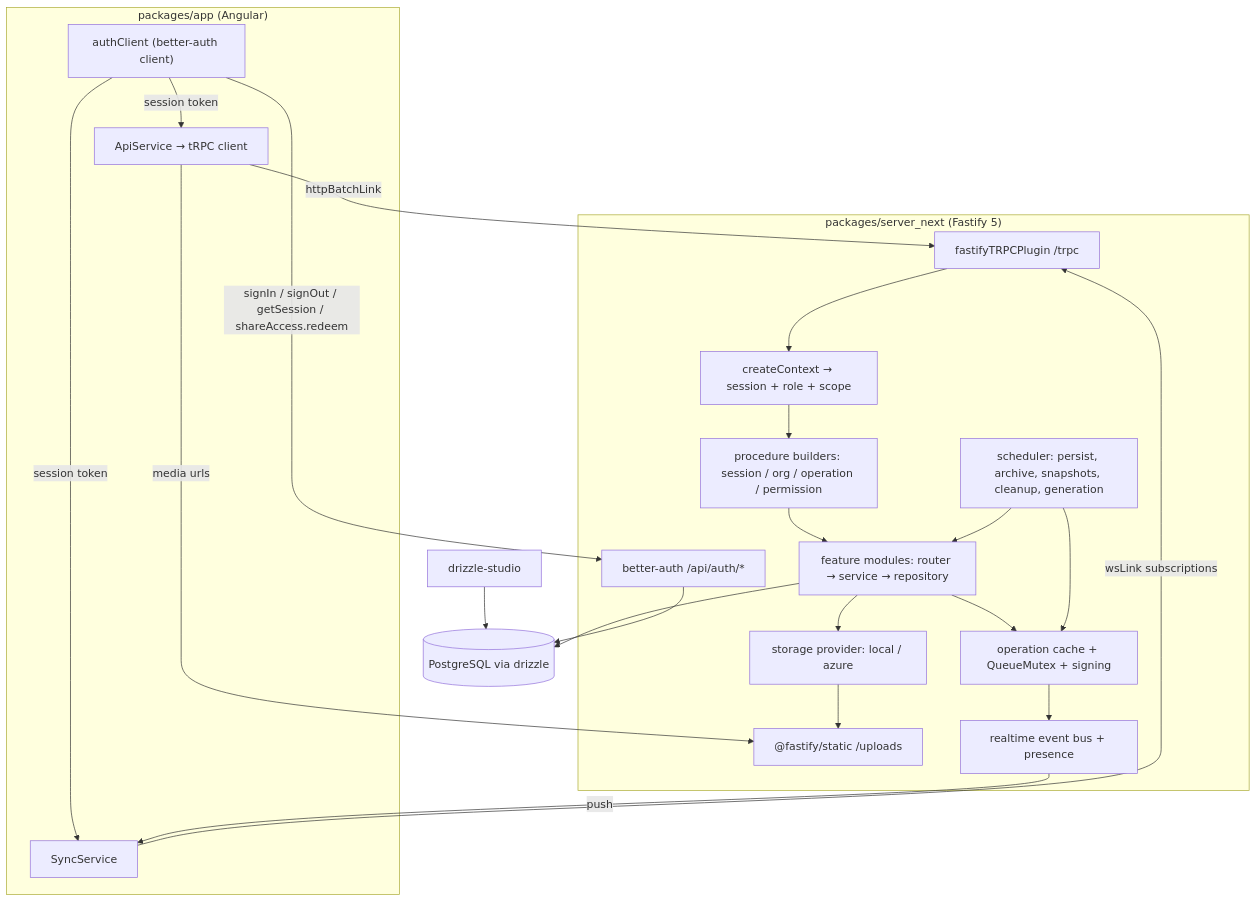
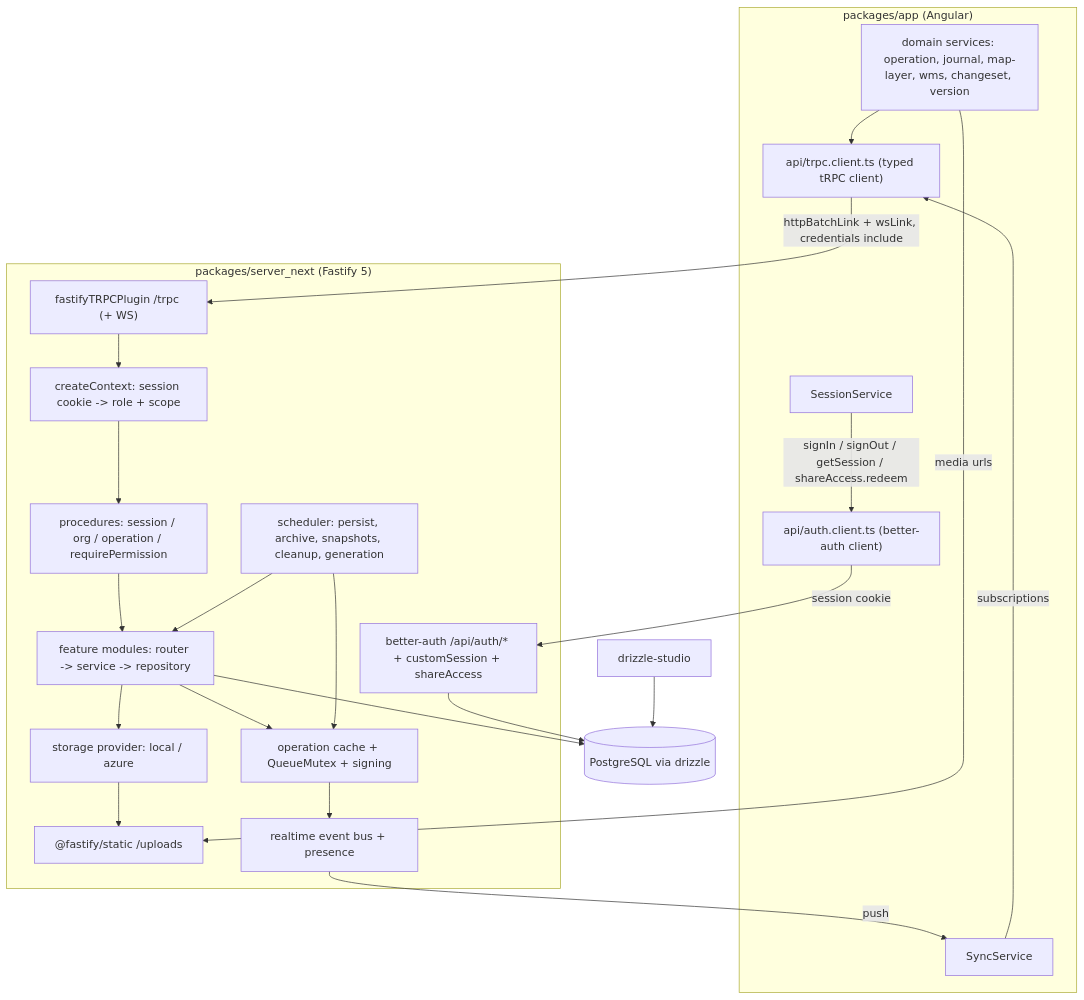
The diagram in packages/server_next/replace-strapi-with-fastify-trpc-backend.md (zskarte/zskarte), drawn with Mermaid before and after one commit. The commit also changed other lines of this file and 35 other files, not shown here.

````diff
--- a/packages/server_next/replace-strapi-with-fastify-trpc-backend.md
+++ b/packages/server_next/replace-strapi-with-fastify-trpc-backend.md
@@ -290,42 +213,41 @@
 ```mermaid
 graph TD
   subgraph App["packages/app (Angular)"]
-    AC["authClient (better-auth client)"]
-    AS[ApiService → tRPC client]
+    ACL["api/auth.client.ts (better-auth client)"]
+    TCL["api/trpc.client.ts (typed tRPC client)"]
+    SS[SessionService]
     SY[SyncService]
+    SVC["domain services: operation, journal, map-layer, wms, changeset, version"]
   end
 
   subgraph Server["packages/server_next (Fastify 5)"]
-    BA["better-auth /api/auth/*"]
-    TRPC["fastifyTRPCPlugin /trpc"]
+    BA["better-auth /api/auth/* + customSession + shareAccess"]
+    TRPC["fastifyTRPCPlugin /trpc (+ WS)"]
     STATIC["@fastify/static /uploads"]
-    CTX[createContext → session + role + scope]
-    PROC["procedure builders: session / org / operation / permission"]
-    MOD[feature modules: router → service → repository]
-    CACHE[operation cache + QueueMutex + signing]
-    BUS[realtime event bus + presence]
-    JOBS[scheduler: persist, archive, snapshots, cleanup, generation]
-    STORE[storage provider: local / azure]
+    CTX["createContext: session cookie -> role + scope"]
+    PROC["procedures: session / org / operation / requirePermission"]
+    MOD["feature modules: router -> service -> repository"]
+    CACHE["operation cache + QueueMutex + signing"]
+    BUS["realtime event bus + presence"]
+    JOBS["scheduler: persist, archive, snapshots, cleanup, generation"]
+    STORE["storage provider: local / azure"]
   end
 
   DB[(PostgreSQL via drizzle)]
   STUDIO[drizzle-studio]
 
-  AS -->|httpBatchLink| TRPC
-  SY -->|wsLink subscriptions| TRPC
-  AC -->|"signIn / signOut / getSession / shareAccess.redeem"| BA
-  AC -->|session token| AS
-  AC -->|session token| SY
-  AS -->|media urls| STATIC
+  SS -->|signIn / signOut / getSession / shareAccess.redeem| ACL
+  ACL -->|session cookie| BA
+  SVC --> TCL
+  SY -->|subscriptions| TCL
+  TCL -->|httpBatchLink + wsLink, credentials include| TRPC
+  SVC -->|media urls| STATIC
   TRPC --> CTX --> PROC --> MOD
-  MOD --> CACHE
-  CACHE --> BUS
-  BUS -->|push| SY
+  MOD --> CACHE --> BUS -->|push| SY
   MOD --> DB
   BA --> DB
   JOBS --> CACHE
   JOBS --> MOD
-  MOD --> STORE
-  STORE --> STATIC
+  MOD --> STORE --> STATIC
   STUDIO --> DB
 ```
````
